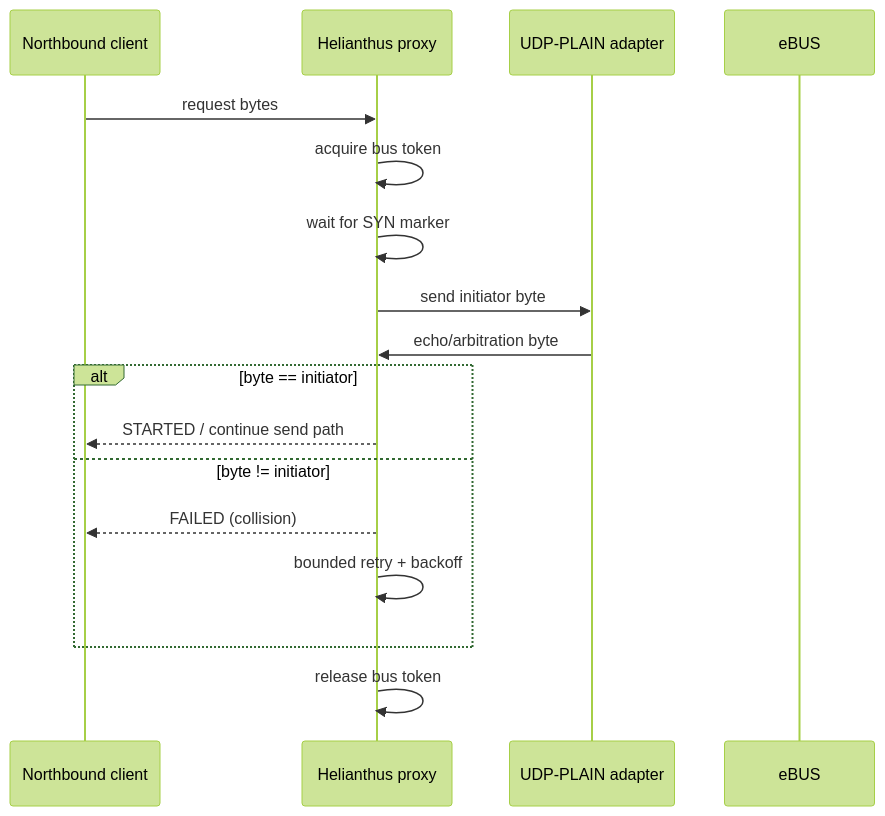
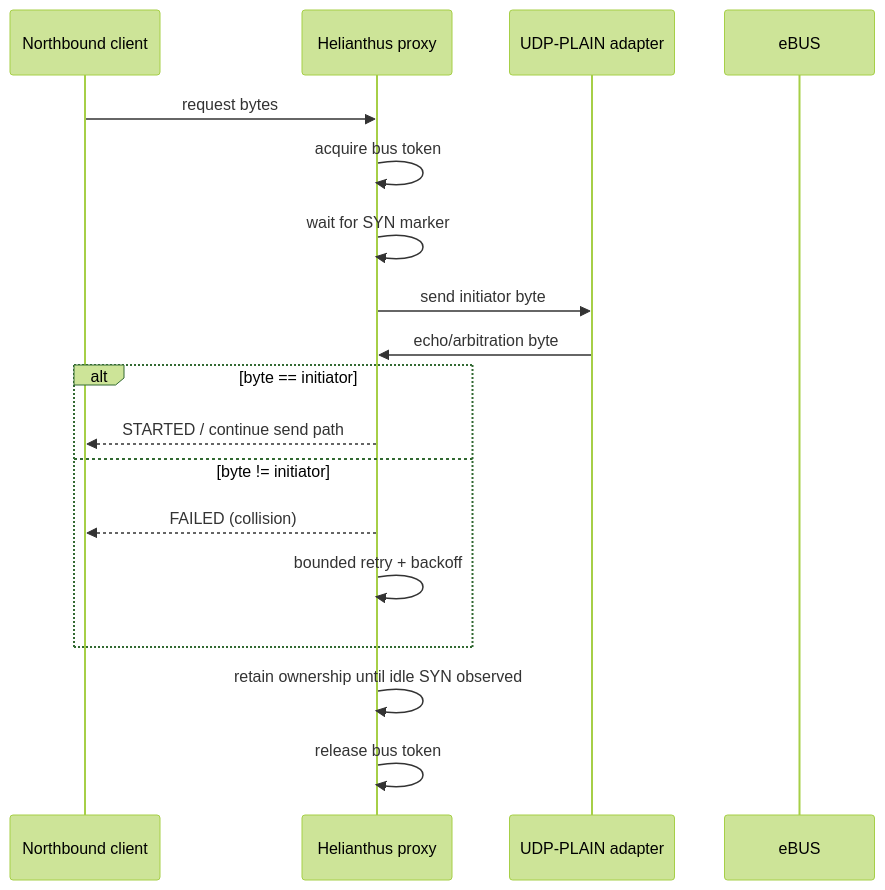
The diagram in protocols/udp-plain.md (Project-Helianthus/helianthus-docs-ebus), drawn with Mermaid (forest theme) before and after one commit. The commit also changed other lines of this file and 47 other files, not shown here.

````diff
--- a/protocols/udp-plain.md
+++ b/protocols/udp-plain.md
@@ -46,19 +46,20 @@
 ```mermaid
 sequenceDiagram
   participant C as Northbound client
   participant P as Helianthus proxy
   participant A as UDP-PLAIN adapter
   participant B as eBUS
   C->>P: request bytes
   P->>P: acquire bus token
   P->>P: wait for SYN marker
   P->>A: send initiator byte
   A->>P: echo/arbitration byte
   alt byte == initiator
     P-->>C: STARTED / continue send path
   else byte != initiator
     P-->>C: FAILED (collision)
     P->>P: bounded retry + backoff
   end
+  P->>P: retain ownership until idle SYN observed
   P->>P: release bus token
 ```
````
